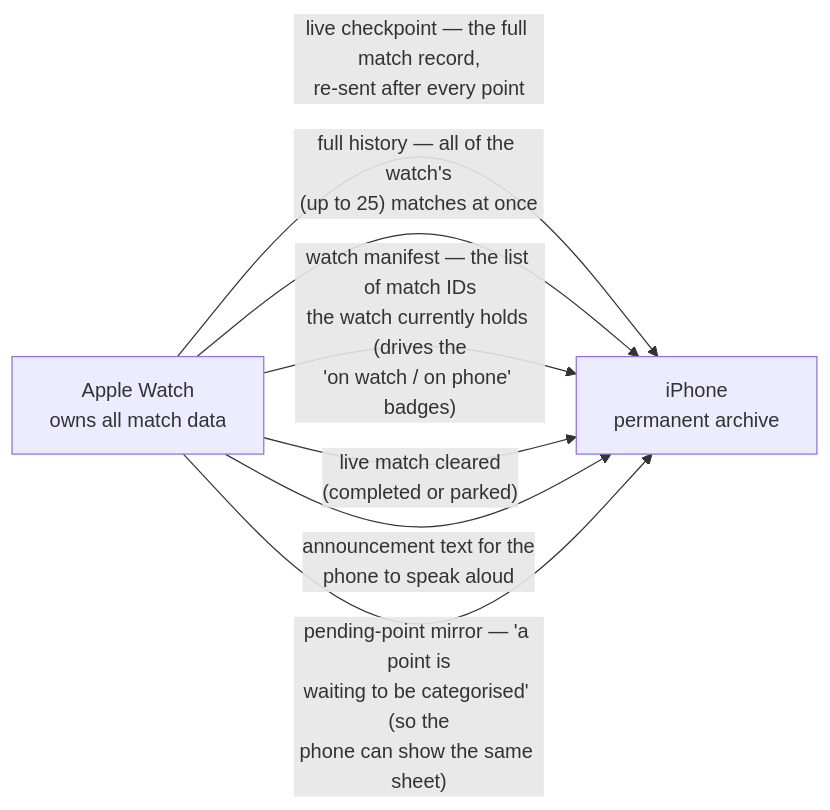
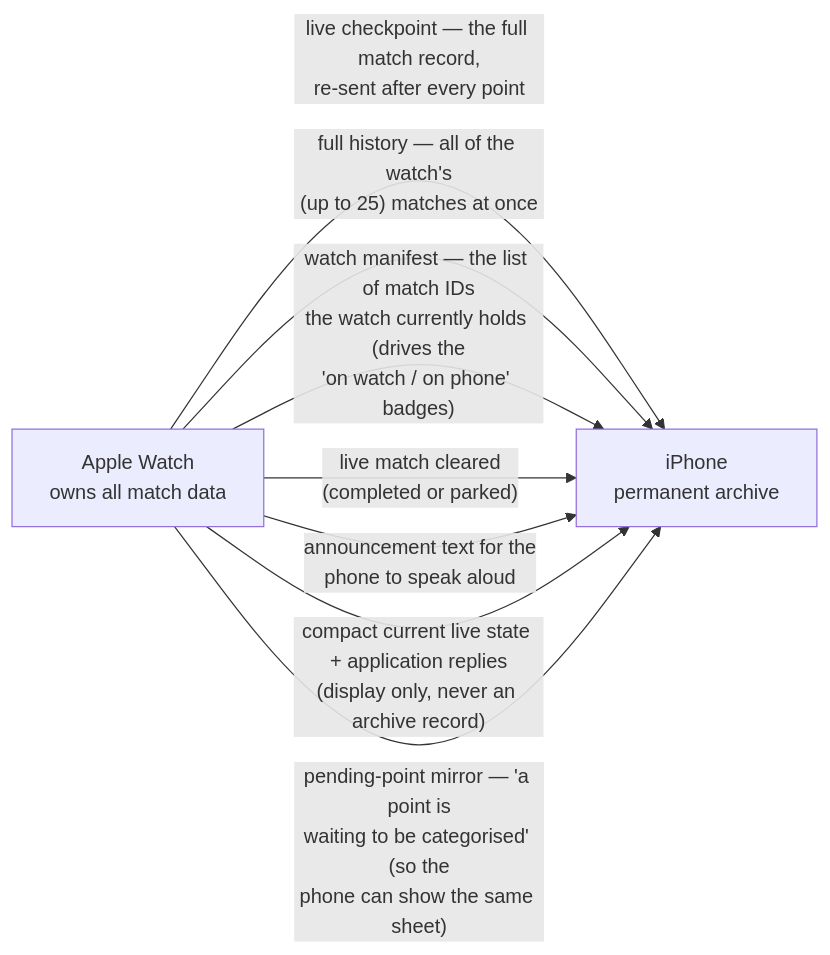
One commit to EMRahman/DeuceMate changed the first of 7 diagrams in docs/architecture/sync-and-data-flow.md. Above: the diagram before and after it, drawn with Mermaid. The commit also changed other lines of this file and 25 other files, not shown here.

````diff
--- a/docs/architecture/sync-and-data-flow.md
+++ b/docs/architecture/sync-and-data-flow.md
@@ -27,11 +27,12 @@
 ```mermaid
 flowchart LR
     W["Apple Watch<br/>owns all match data"]
     P["iPhone<br/>permanent archive"]
     W -- "live checkpoint — the full match record,<br/>re-sent after every point" --> P
     W -- "full history — all of the watch's<br/>(up to 25) matches at once" --> P
     W -- "watch manifest — the list of match IDs<br/>the watch currently holds (drives the<br/>'on watch / on phone' badges)" --> P
     W -- "live match cleared<br/>(completed or parked)" --> P
     W -- "announcement text for the<br/>phone to speak aloud" --> P
+    W -- "compact current live state + application replies<br/>(display only, never an archive record)" --> P
     W -- "pending-point mirror — 'a point is<br/>waiting to be categorised' (so the<br/>phone can show the same sheet)" --> P
 ```
````
